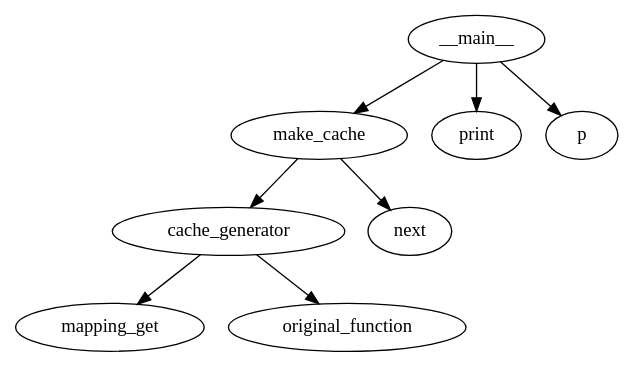
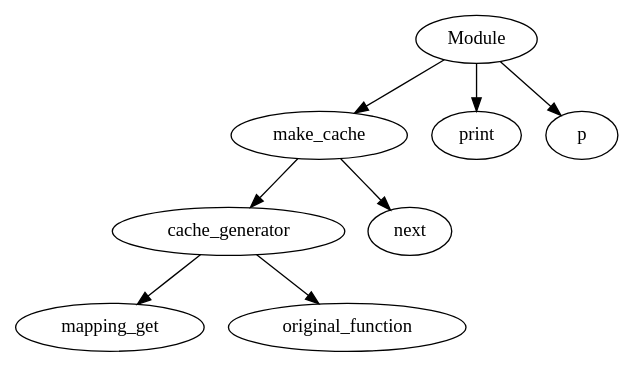
The diagram in CallGraph_dots/LRUCache.dot (JordanCoyne97/Final_Year_Project), drawn with Graphviz before and after one commit. The commit also changed 164 other files, not shown here.

```diff
--- a/CallGraph_dots/LRUCache.dot
+++ b/CallGraph_dots/LRUCache.dot
@@ -1,17 +1,17 @@
 strict digraph  {
 cache_generator;
 mapping_get;
 original_function;
 make_cache;
 next;
-__main__;
+Module;
 print;
 p;
 cache_generator -> mapping_get;
 cache_generator -> original_function;
 make_cache -> cache_generator;
 make_cache -> next;
-__main__ -> make_cache;
-__main__ -> print;
-__main__ -> p;
+Module -> make_cache;
+Module -> print;
+Module -> p;
 }
```
